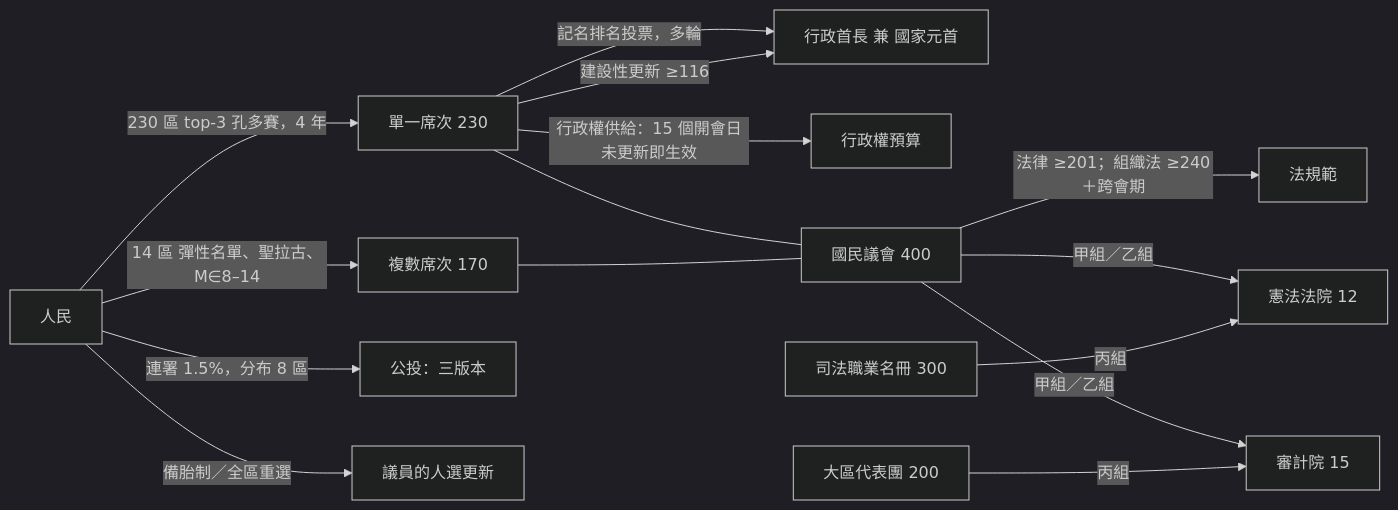
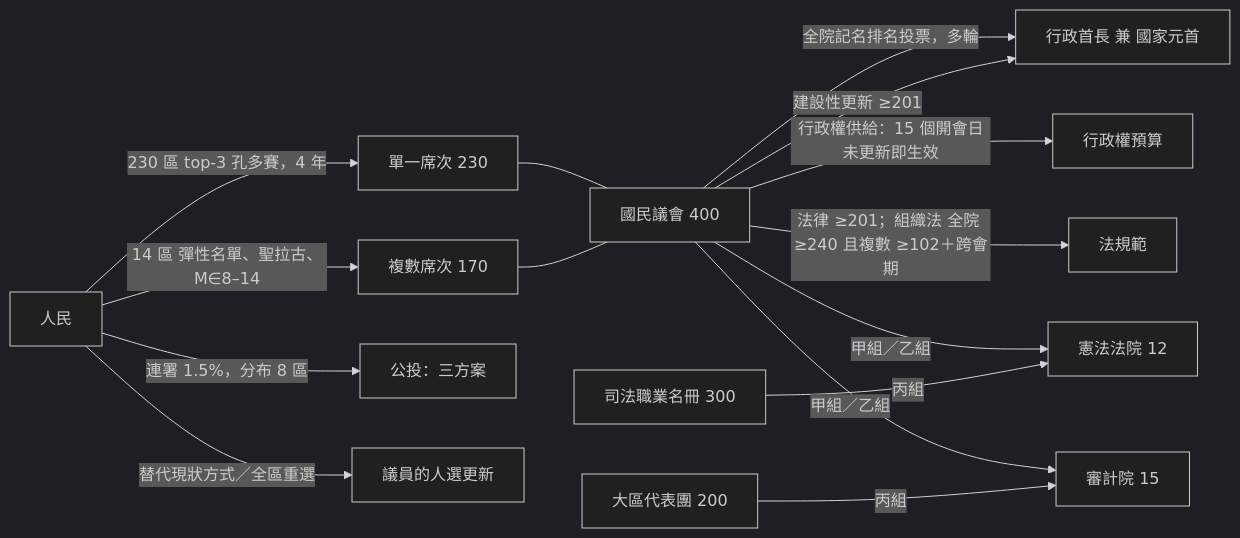
The first of 10 diagrams in topics/regime-designs/designs/法國/一院議會制/憲政架構圖.md (IRonROOT578/Political-Economy-Research-Public), drawn with Mermaid (dark theme) before and after one commit. The commit also changed other lines of this file and 241 other files, not shown here.

````diff
--- a/topics/regime-designs/designs/法國/一院議會制/憲政架構圖.md
+++ b/topics/regime-designs/designs/法國/一院議會制/憲政架構圖.md
@@ -7,17 +7,17 @@
 ```mermaid
 flowchart LR
   People[人民] -->|230 區 top-3 孔多賽，4 年| SMD[單一席次 230]
   People -->|14 區 彈性名單、聖拉古、M∈8–14| PR[複數席次 170]
-  SMD -->|記名排名投票，多輪| PM[行政首長 兼 國家元首]
-  SMD -->|建設性更新 ≥116| PM
-  SMD -->|行政權供給：15 個開會日未更新即生效| Supply[行政權預算]
   SMD --- House[國民議會 400]
+  House -->|全院記名排名投票，多輪| PM[行政首長 兼 國家元首]
+  House -->|建設性更新 ≥201| PM
+  House -->|行政權供給：15 個開會日未更新即生效| Supply[行政權預算]
   PR --- House
-  House -->|法律 ≥201；組織法 ≥240＋跨會期| Law[法規範]
+  House -->|法律 ≥201；組織法 全院 ≥240 且複數 ≥102＋跨會期| Law[法規範]
   House -->|甲組／乙組| CC[憲法法院 12]
   House -->|甲組／乙組| CA[審計院 15]
   Judges[司法職業名冊 300] -->|丙組| CC
   Regions[大區代表團 200] -->|丙組| CA
-  People -->|連署 1.5%，分布 8 區| Ref[公投：三版本]
-  People -->|備胎制／全區重選| Recall[議員的人選更新]
+  People -->|連署 1.5%，分布 8 區| Ref[公投：三方案]
+  People -->|替代現狀方式／全區重選| Recall[議員的人選更新]
 ```
````
